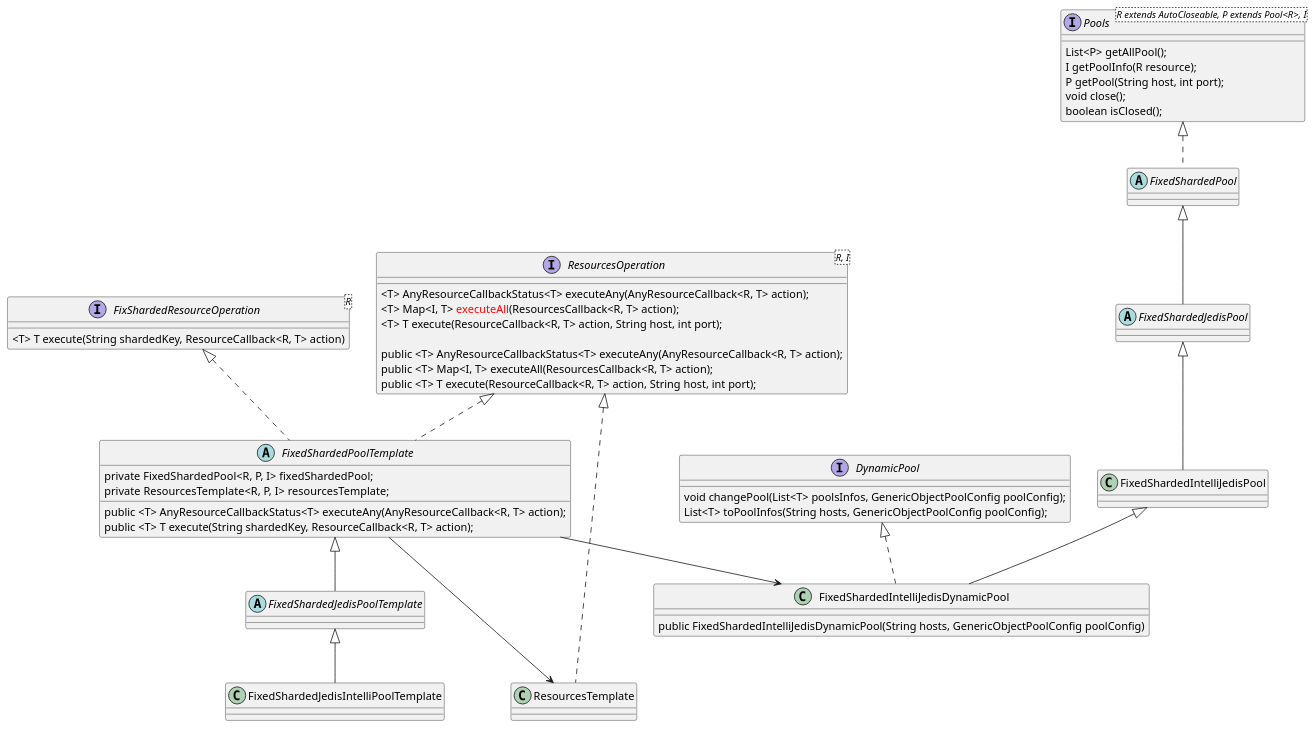
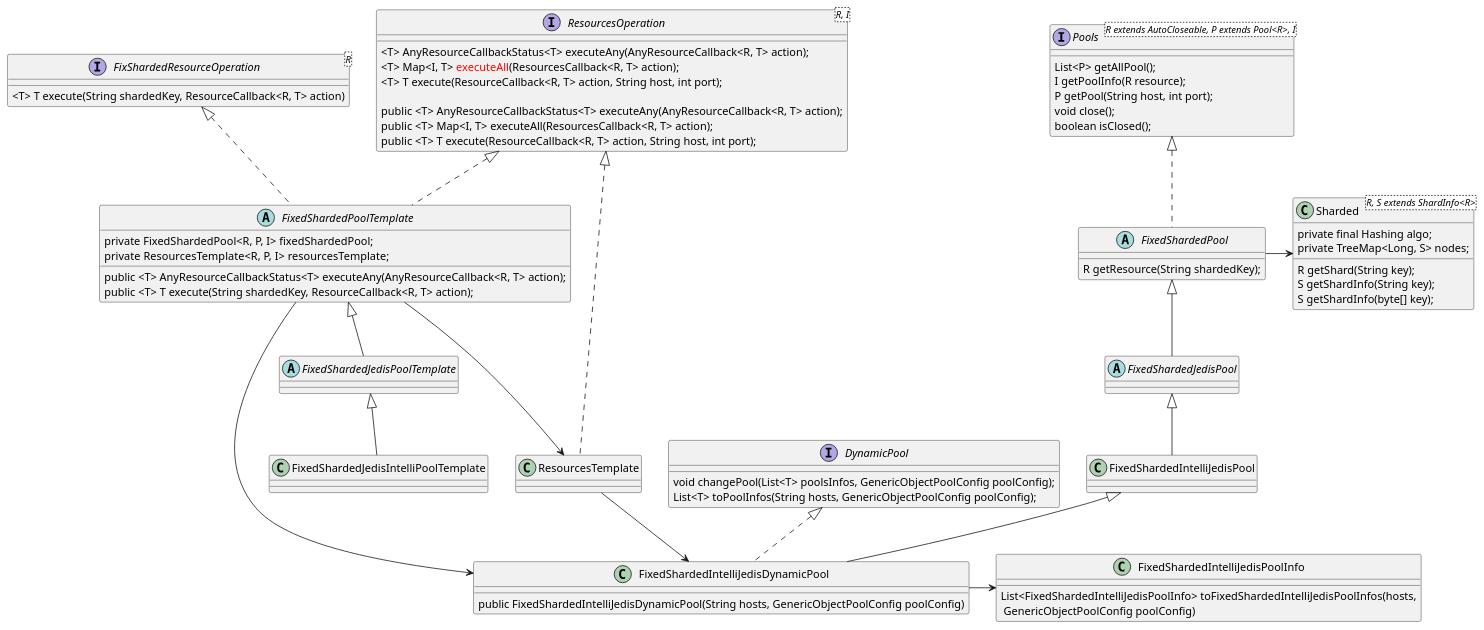
The diagram in uml/inventory/rush/redispool.puml (newbigTech/myDesignPattern), drawn with PlantUML before and after one commit.

Commit message:
uml图-rush

```diff
--- a/uml/inventory/rush/redispool.puml
+++ b/uml/inventory/rush/redispool.puml
@@ -1,87 +1,103 @@
 @startuml
 
 interface FixShardedResourceOperation<R> {
     <T> T execute(String shardedKey, ResourceCallback<R, T> action)
 }
 
 interface ResourcesOperation<R, I> {
     <T> AnyResourceCallbackStatus<T> executeAny(AnyResourceCallback<R, T> action);
     <T> Map<I, T> <font color=red>executeAll</font>(ResourcesCallback<R, T> action);
     <T> T execute(ResourceCallback<R, T> action, String host, int port);
 
 }
 
 abstract FixedShardedPoolTemplate{
     private FixedShardedPool<R, P, I> fixedShardedPool;
     private ResourcesTemplate<R, P, I> resourcesTemplate;
     public <T> AnyResourceCallbackStatus<T> executeAny(AnyResourceCallback<R, T> action);
     public <T> T execute(String shardedKey, ResourceCallback<R, T> action);
 }
 
 
 abstract FixedShardedJedisPoolTemplate{
 
 }
 
 class FixedShardedJedisIntelliPoolTemplate {
 
 }
 
 
 interface DynamicPool {
     void changePool(List<T> poolsInfos, GenericObjectPoolConfig poolConfig);
     List<T> toPoolInfos(String hosts, GenericObjectPoolConfig poolConfig);
 }
 
 interface Pools <R extends AutoCloseable, P extends Pool<R>, I>{
     List<P> getAllPool();
     I getPoolInfo(R resource);
     P getPool(String host, int port);
     void close();
     boolean isClosed();
 }
 
 abstract class FixedShardedPool{
-
+    R getResource(String shardedKey);
 }
 Pools <|..FixedShardedPool
 abstract class FixedShardedJedisPool{
 
 }
 
 class FixedShardedIntelliJedisPool {
 }
 FixedShardedPool<|--FixedShardedJedisPool
 
 
 class FixedShardedIntelliJedisDynamicPool {
     public FixedShardedIntelliJedisDynamicPool(String hosts, GenericObjectPoolConfig poolConfig)
 }
 
 interface ResourcesOperation<R, I> {
     public <T> AnyResourceCallbackStatus<T> executeAny(AnyResourceCallback<R, T> action);
     public <T> Map<I, T> executeAll(ResourcesCallback<R, T> action);
     public <T> T execute(ResourceCallback<R, T> action, String host, int port);
 }
 
 class ResourcesTemplate{
 
 }
 
+class FixedShardedIntelliJedisPoolInfo{
+List<FixedShardedIntelliJedisPoolInfo> toFixedShardedIntelliJedisPoolInfos(hosts,\n GenericObjectPoolConfig poolConfig)
+}
+
+class Sharded<R, S extends ShardInfo<R>> {
+    private final Hashing algo;
+    private TreeMap<Long, S> nodes;
+    R getShard(String key);
+    S getShardInfo(String key);
+    S getShardInfo(byte[] key);
+}
+
 ResourcesOperation <|.. ResourcesTemplate
 
 FixShardedResourceOperation <|..FixedShardedPoolTemplate
 ResourcesOperation <|..FixedShardedPoolTemplate
 
 FixedShardedPoolTemplate<|--FixedShardedJedisPoolTemplate
 
 FixedShardedJedisPoolTemplate<|--FixedShardedJedisIntelliPoolTemplate
 
 FixedShardedPoolTemplate --> FixedShardedIntelliJedisDynamicPool
 FixedShardedJedisPool<|--FixedShardedIntelliJedisPool
 FixedShardedIntelliJedisPool<|--FixedShardedIntelliJedisDynamicPool
 DynamicPool<|..FixedShardedIntelliJedisDynamicPool
 
 FixedShardedPoolTemplate --->ResourcesTemplate
+FixedShardedIntelliJedisDynamicPool->FixedShardedIntelliJedisPoolInfo
 
+ResourcesTemplate -->FixedShardedIntelliJedisDynamicPool
+
+FixedShardedPool->Sharded
 @enduml
```
